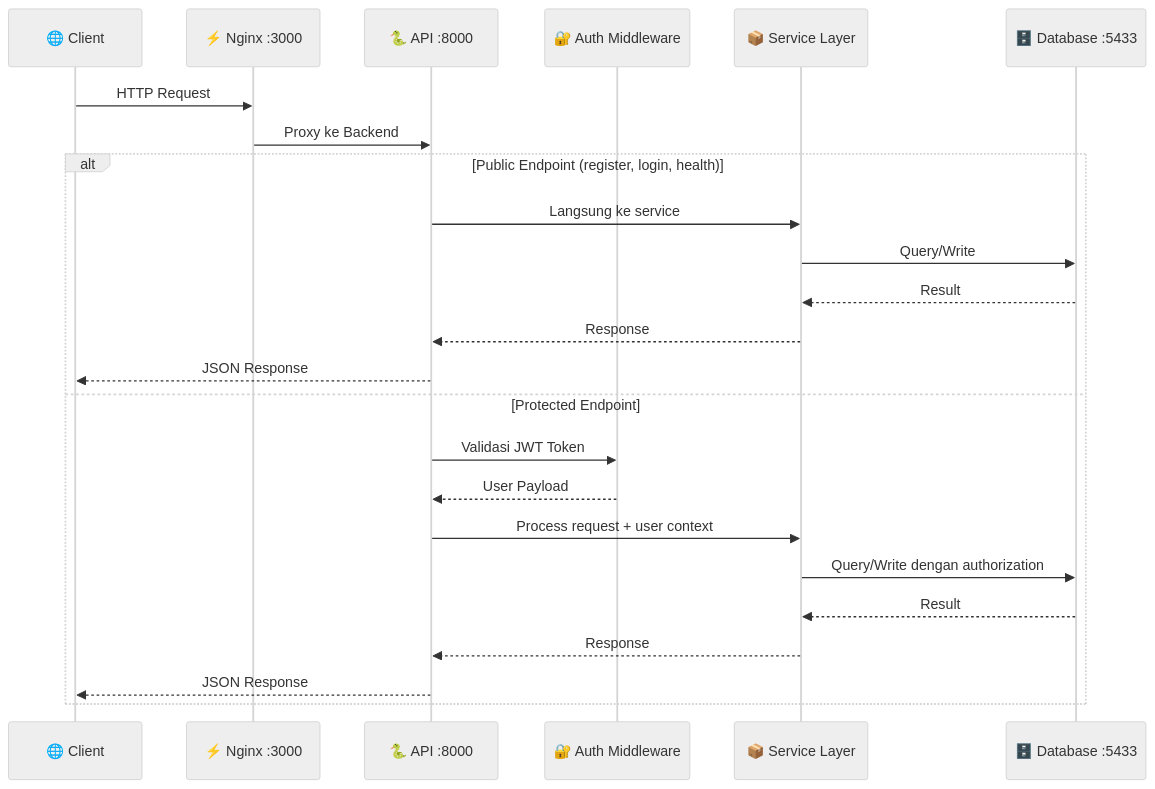
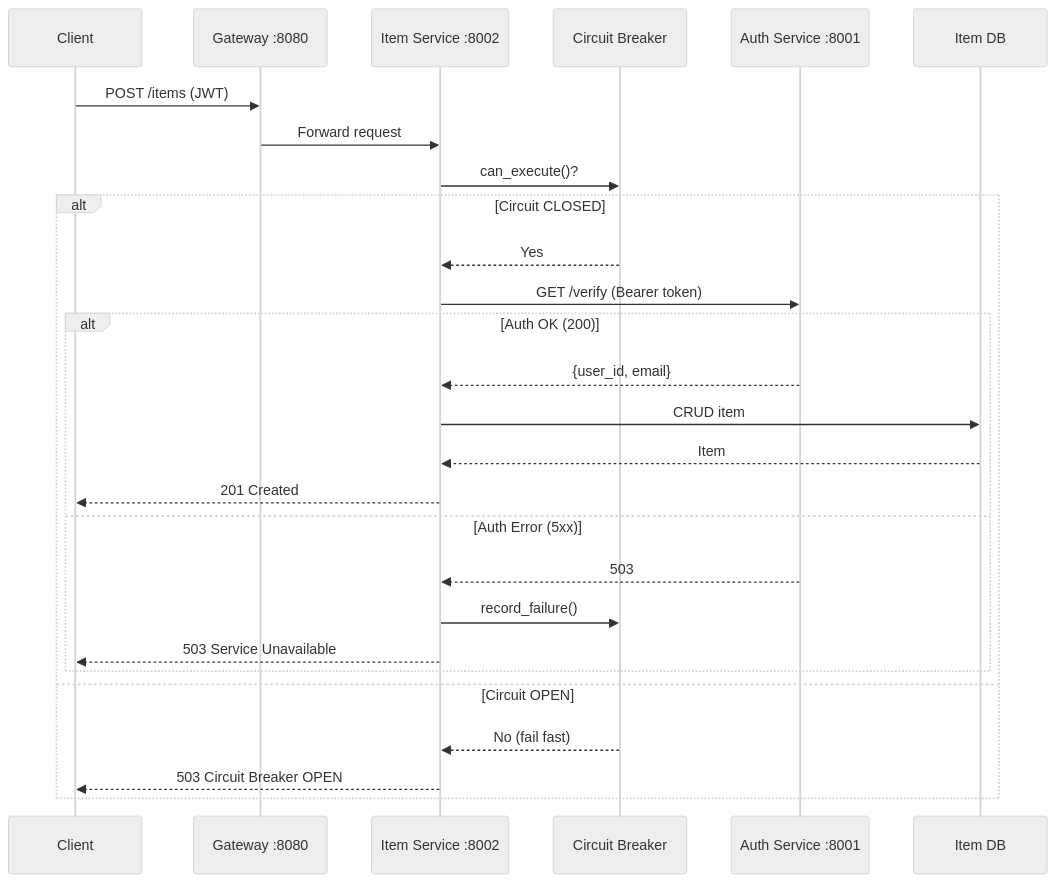
The second of 4 diagrams in docs/architecture.md (aidilsaputrakirsan-classroom/cc-kelompok-a-nexa), drawn with Mermaid (neutral theme) before and after one commit. The commit also changed other lines of this file and 1 other file, not shown here.

Commit message:
docs: add reliability-testing guide and update architecture for dual-mode monolith+microservices

````diff
--- a/docs/architecture.md
+++ b/docs/architecture.md
@@ -142,28 +140,32 @@
 ```mermaid
 sequenceDiagram
-    participant C as 🌐 Client
-    participant N as ⚡ Nginx :3000
-    participant A as 🐍 API :8000
-    participant M as 🔐 Auth Middleware
-    participant S as 📦 Service Layer
-    participant D as 🗄️ Database :5433
+    participant C as Client
+    participant G as Gateway :8080
+    participant I as Item Service :8002
+    participant CB as Circuit Breaker
+    participant A as Auth Service :8001
+    participant DB as Item DB
 
-    C->>N: HTTP Request
-    N->>A: Proxy ke Backend
-    
-    alt Public Endpoint (register, login, health)
-        A->>S: Langsung ke service
-        S->>D: Query/Write
-        D-->>S: Result
-        S-->>A: Response
-        A-->>C: JSON Response
-    else Protected Endpoint
-        A->>M: Validasi JWT Token
-        M-->>A: User Payload
-        A->>S: Process request + user context
-        S->>D: Query/Write dengan authorization
-        D-->>S: Result
-        S-->>A: Response
-        A-->>C: JSON Response
+    C->>G: POST /items (JWT)
+    G->>I: Forward request
+    I->>CB: can_execute()?
+
+    alt Circuit CLOSED
+        CB-->>I: Yes
+        I->>A: GET /verify (Bearer token)
+        
+        alt Auth OK (200)
+            A-->>I: {user_id, email}
+            I->>DB: CRUD item
+            DB-->>I: Item
+            I-->>C: 201 Created
+        else Auth Error (5xx)
+            A-->>I: 503
+            I->>CB: record_failure()
+            I-->>C: 503 Service Unavailable
+        end
+    else Circuit OPEN
+        CB-->>I: No (fail fast)
+        I-->>C: 503 Circuit Breaker OPEN
     end
 ```
````
